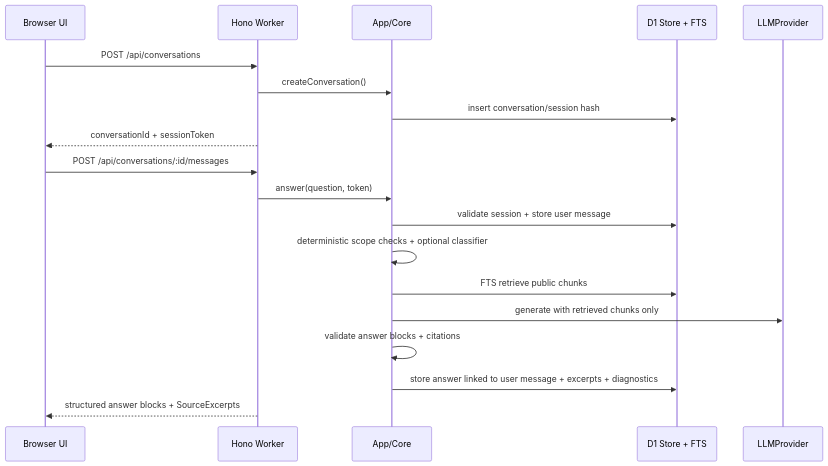
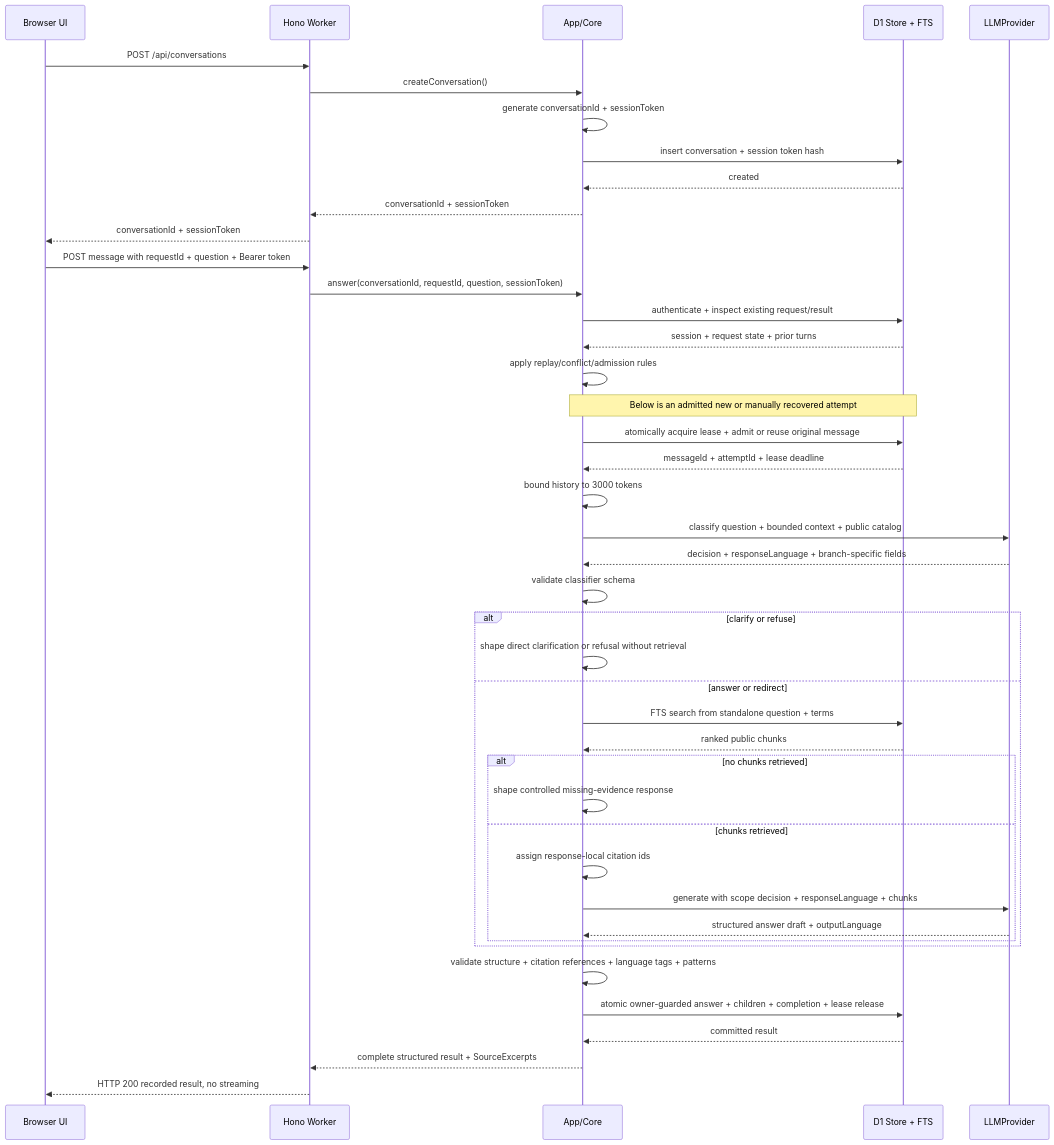
The second of 5 diagrams in docs/_bmad-output/planning-artifacts/architecture/architecture-candidate-copilot-2026-09-11/ARCHITECTURE-SPINE.md (CanVc/candidate-copilot), drawn with Mermaid before and after one commit. The commit also changed other lines of this file and 13 other files, not shown here.

````diff
--- a/docs/_bmad-output/planning-artifacts/architecture/architecture-candidate-copilot-2026-09-11/ARCHITECTURE-SPINE.md
+++ b/docs/_bmad-output/planning-artifacts/architecture/architecture-candidate-copilot-2026-09-11/ARCHITECTURE-SPINE.md
@@ -180,23 +195,47 @@
 ```mermaid
 sequenceDiagram
   participant UI as Browser UI
   participant API as Hono Worker
   participant Core as App/Core
   participant D1 as D1 Store + FTS
   participant LLM as LLMProvider
 
   UI->>API: POST /api/conversations
   API->>Core: createConversation()
-  Core->>D1: insert conversation/session hash
+  Core->>Core: generate conversationId + sessionToken
+  Core->>D1: insert conversation + session token hash
+  D1-->>Core: created
+  Core-->>API: conversationId + sessionToken
   API-->>UI: conversationId + sessionToken
 
-  UI->>API: POST /api/conversations/:id/messages
-  API->>Core: answer(question, token)
-  Core->>D1: validate session + store user message
-  Core->>Core: deterministic scope checks + optional classifier
-  Core->>D1: FTS retrieve public chunks
-  Core->>LLM: generate with retrieved chunks only
-  Core->>Core: validate answer blocks + citations
-  Core->>D1: store answer linked to user message + excerpts + diagnostics
-  API-->>UI: structured answer blocks + SourceExcerpts
+  UI->>API: POST message with requestId + question + Bearer token
+  API->>Core: answer(conversationId, requestId, question, sessionToken)
+  Core->>D1: authenticate + inspect existing request/result
+  D1-->>Core: session + request state + prior turns
+  Core->>Core: apply replay/conflict/admission rules
+  Note over Core,D1: Below is an admitted new or manually recovered attempt
+  Core->>D1: atomically acquire lease + admit or reuse original message
+  D1-->>Core: messageId + attemptId + lease deadline
+  Core->>Core: bound history to 3000 tokens
+  Core->>LLM: classify question + bounded context + public catalog
+  LLM-->>Core: decision + responseLanguage + branch-specific fields
+  Core->>Core: validate classifier schema
+  alt clarify or refuse
+    Core->>Core: shape direct clarification or refusal without retrieval
+  else answer or redirect
+    Core->>D1: FTS search from standalone question + terms
+    D1-->>Core: ranked public chunks
+    alt no chunks retrieved
+      Core->>Core: shape controlled missing-evidence response
+    else chunks retrieved
+      Core->>Core: assign response-local citation ids
+      Core->>LLM: generate with scope decision + responseLanguage + chunks
+      LLM-->>Core: structured answer draft + outputLanguage
+    end
+  end
+  Core->>Core: validate structure + citation references + language tags + patterns
+  Core->>D1: atomic owner-guarded answer + children + completion + lease release
+  D1-->>Core: committed result
+  Core-->>API: complete structured result + SourceExcerpts
+  API-->>UI: HTTP 200 recorded result, no streaming
 ```
````
